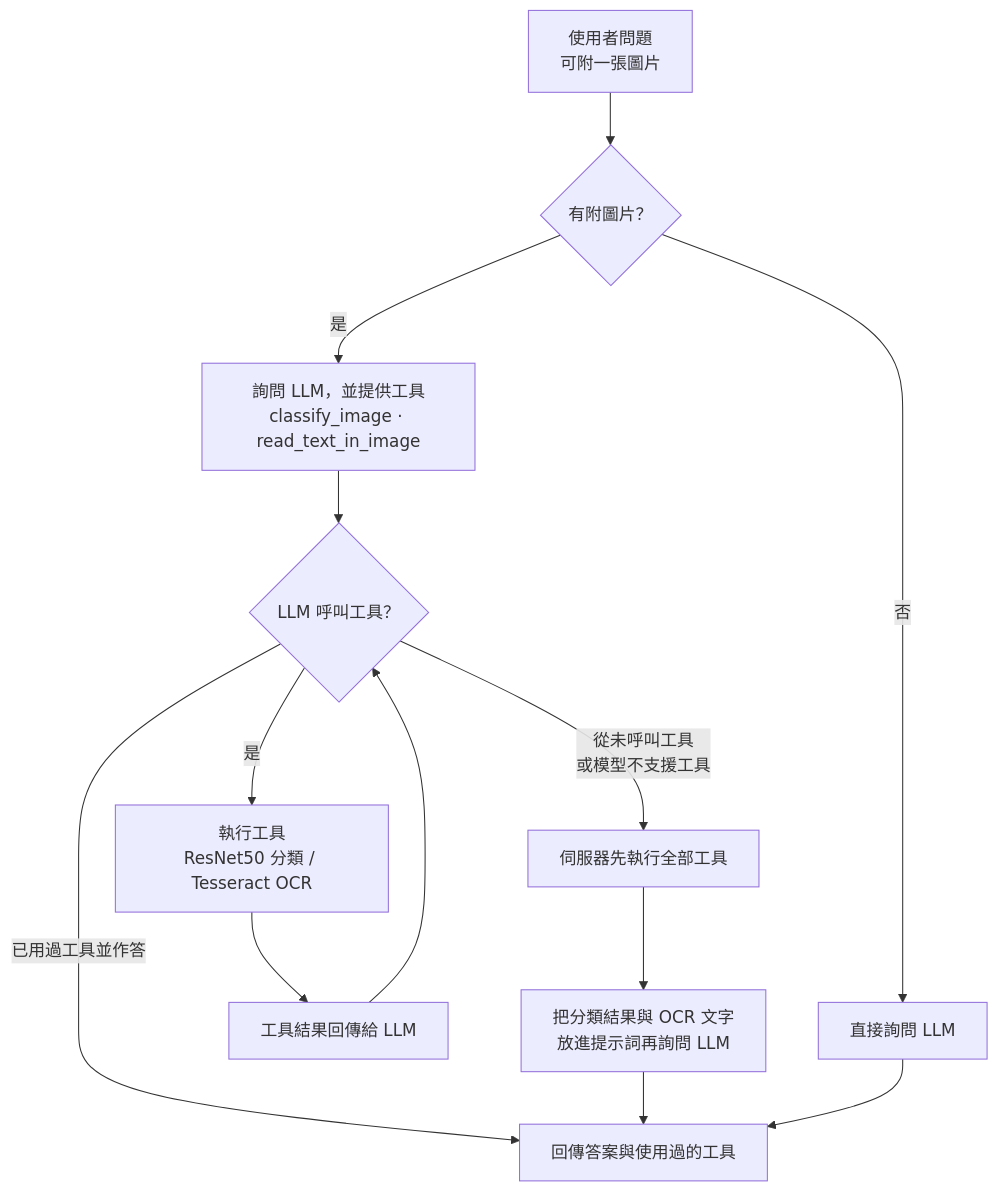
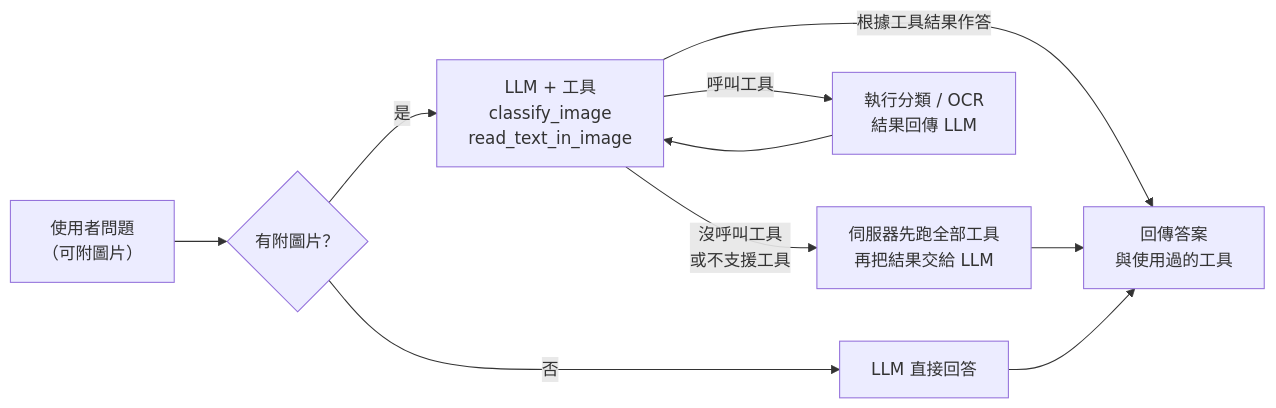
Before and after one commit to reedlin2002/Local_API_AI: the second of 4 diagrams in README.md, drawn with Mermaid. The commit also changed other lines of this file, not shown here.

Commit message:
docs: make architecture and agent diagrams easier to read

````diff
--- a/README.md
+++ b/README.md
@@ -119,17 +113,12 @@
 ```mermaid
-flowchart TD
-    A["使用者問題<br/>可附一張圖片"] --> B{"有附圖片？"}
-    B -->|否| C["直接詢問 LLM"]
-    B -->|是| D["詢問 LLM，並提供工具<br/>classify_image · read_text_in_image"]
-
-    D --> E{"LLM 呼叫工具？"}
-    E -->|是| F["執行工具<br/>ResNet50 分類 / Tesseract OCR"]
-    F --> G["工具結果回傳給 LLM"]
-    G --> E
-    E -->|"已用過工具並作答"| H["回傳答案與使用過的工具"]
-
-    E -->|"從未呼叫工具<br/>或模型不支援工具"| I["伺服器先執行全部工具"]
-    I --> J["把分類結果與 OCR 文字<br/>放進提示詞再詢問 LLM"]
-    J --> H
+flowchart LR
+    A["使用者問題<br/>（可附圖片）"] --> B{"有附圖片？"}
+    B -->|否| C["LLM 直接回答"]
+    B -->|是| D["LLM + 工具<br/>classify_image<br/>read_text_in_image"]
+    D -->|"呼叫工具"| F["執行分類 / OCR<br/>結果回傳 LLM"]
+    F --> D
+    D -->|"根據工具結果作答"| H["回傳答案<br/>與使用過的工具"]
+    D -->|"沒呼叫工具<br/>或不支援工具"| I["伺服器先跑全部工具<br/>再把結果交給 LLM"]
+    I --> H
     C --> H
 ```
````
